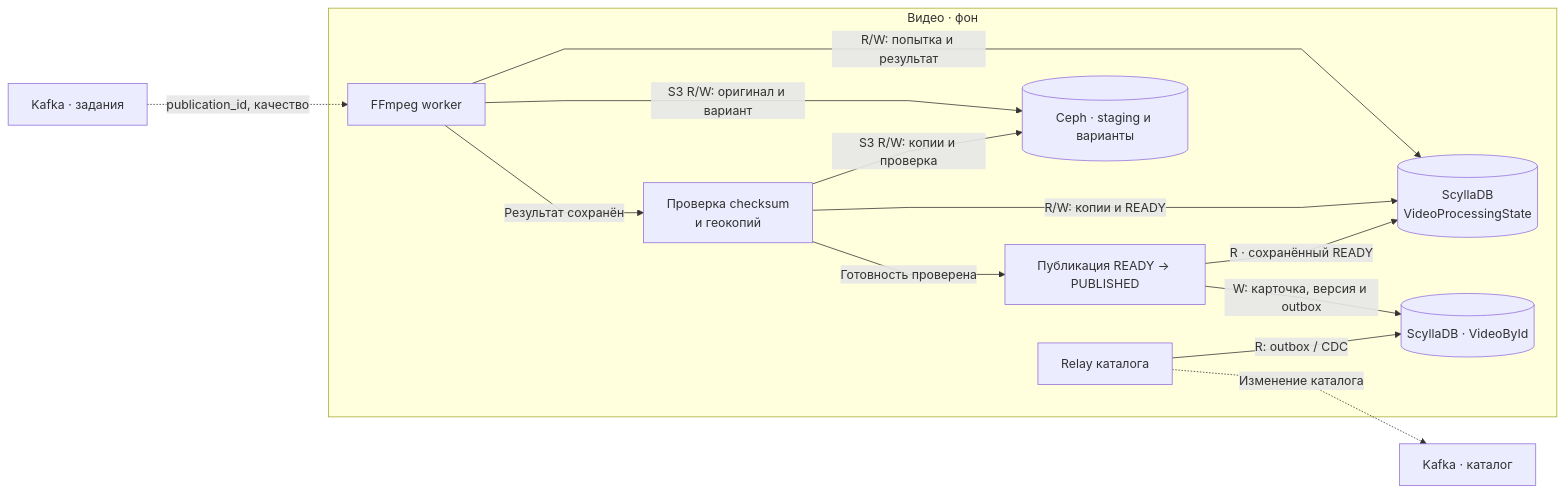
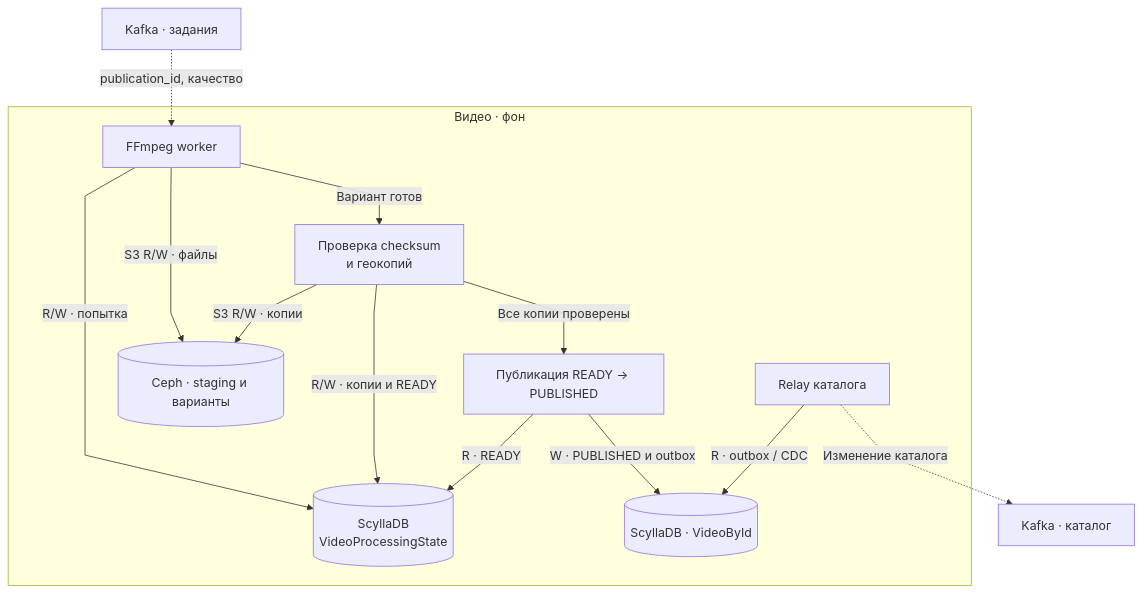
One commit to pavel-ladygin/highload_tp changed diagram 12 of 15 in README.md. Above: the diagram before and after it, drawn with Mermaid. The commit also changed other lines of this file, not shown here.

````diff
--- a/README.md
+++ b/README.md
@@ -931,24 +930,24 @@
 ```mermaid
 %%{init: {"flowchart": {"curve": "linear"}}}%%
-flowchart LR
+flowchart TB
     KI["Kafka · задания"] -. "publication_id, качество" .-> W
     subgraph VIDEO["Видео · фон"]
         W["FFmpeg worker"]
         G["Проверка checksum<br/>и геокопий"]
         P["Публикация READY → PUBLISHED"]
         PS[("ScyllaDB<br/>VideoProcessingState")]
         M[("Ceph · staging и варианты")]
         VC[("ScyllaDB · VideoById")]
         REL["Relay каталога"]
-        W -->|"S3 R/W: оригинал и вариант"| M
-        W -->|"R/W: попытка и результат"| PS
-        W -->|"Результат сохранён"| G
-        G -->|"S3 R/W: копии и проверка"| M
-        G -->|"R/W: копии и READY"| PS
-        G -->|"Готовность проверена"| P
-        P -->|"R · сохранённый READY"| PS
-        P -->|"W: карточка, версия и outbox"| VC
-        REL -->|"R: outbox / CDC"| VC
+        W -->|"S3 R/W · файлы"| M
+        W -->|"R/W · попытка"| PS
+        W -->|"Вариант готов"| G
+        G -->|"S3 R/W · копии"| M
+        G -->|"R/W · копии и READY"| PS
+        G -->|"Все копии проверены"| P
+        P -->|"R · READY"| PS
+        P -->|"W · PUBLISHED и outbox"| VC
+        REL -->|"R · outbox / CDC"| VC
     end
     REL -. "Изменение каталога" .-> KO["Kafka · каталог"]
 ```
````
